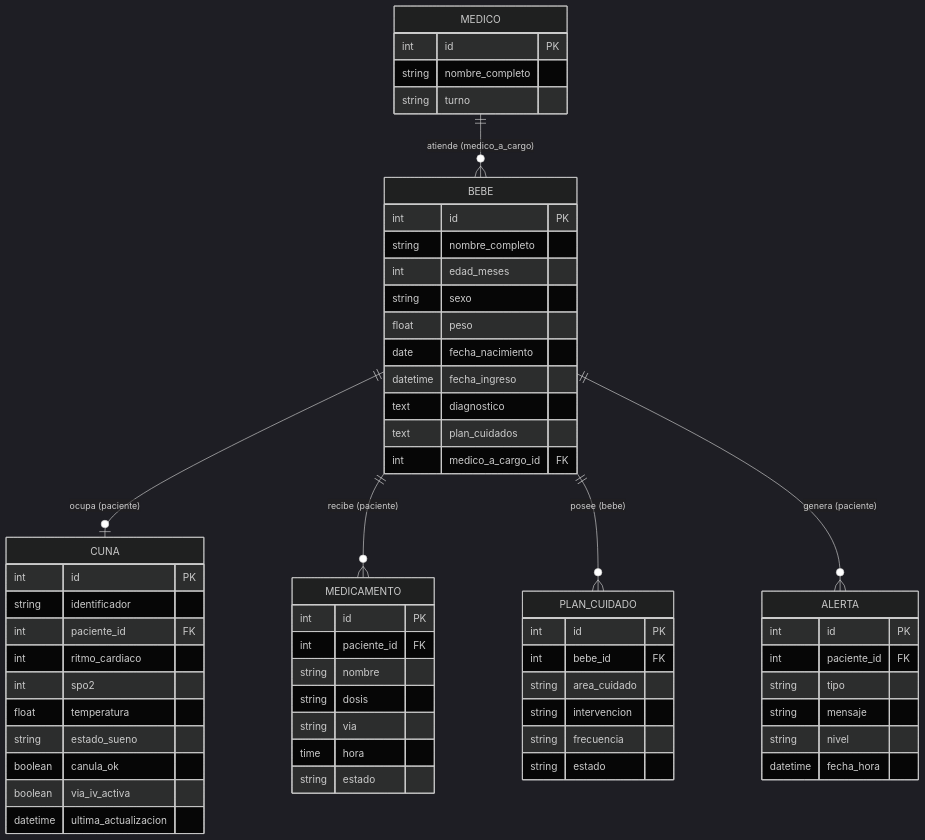
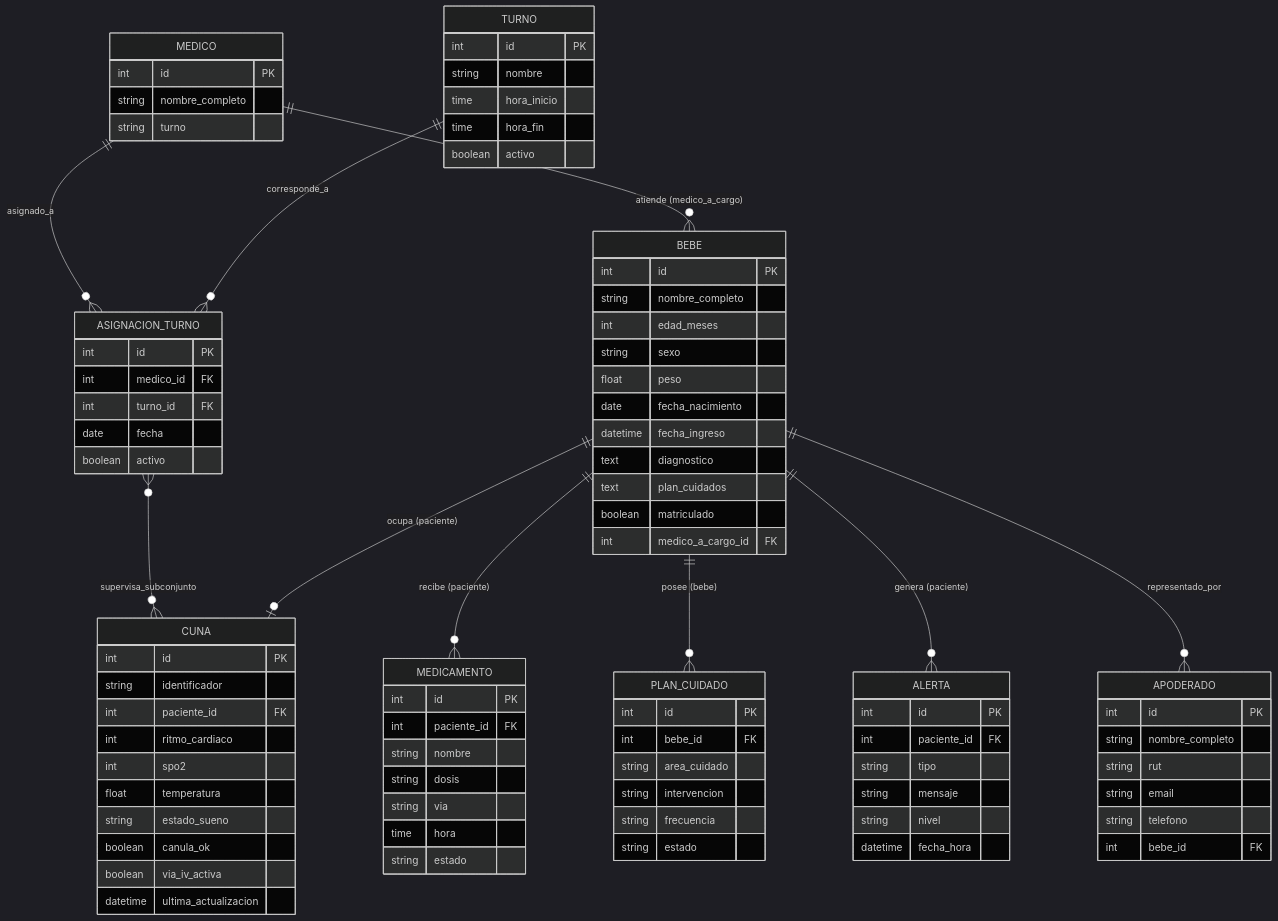
One commit to Asulx/poki-koa-backend changed the diagram in README.md. Above: the diagram before and after it, drawn with Mermaid (dark theme). The commit also changed other lines of this file and 3 other files, not shown here.

````diff
--- a/README.md
+++ b/README.md
@@ -34,15 +35,35 @@
 ```mermaid
 erDiagram
     MEDICO ||--o{ BEBE : "atiende (medico_a_cargo)"
+    MEDICO ||--o{ ASIGNACION_TURNO : "asignado_a"
+    TURNO ||--o{ ASIGNACION_TURNO : "corresponde_a"
+    ASIGNACION_TURNO }o--o{ CUNA : "supervisa_subconjunto"
     BEBE ||--o| CUNA : "ocupa (paciente)"
     BEBE ||--o{ MEDICAMENTO : "recibe (paciente)"
     BEBE ||--o{ PLAN_CUIDADO : "posee (bebe)"
     BEBE ||--o{ ALERTA : "genera (paciente)"
+    BEBE ||--o{ APODERADO : "representado_por"
 
     MEDICO {
         int id PK
         string nombre_completo
         string turno
+    }
+
+    TURNO {
+        int id PK
+        string nombre
+        time hora_inicio
+        time hora_fin
+        boolean activo
+    }
+
+    ASIGNACION_TURNO {
+        int id PK
+        int medico_id FK
+        int turno_id FK
+        date fecha
+        boolean activo
     }
 
     BEBE {
@@ -55,7 +76,17 @@
         datetime fecha_ingreso
         text diagnostico
         text plan_cuidados
+        boolean matriculado
         int medico_a_cargo_id FK
+    }
+
+    APODERADO {
+        int id PK
+        string nombre_completo
+        string rut
+        string email
+        string telefono
+        int bebe_id FK
     }
 
     CUNA {
````
